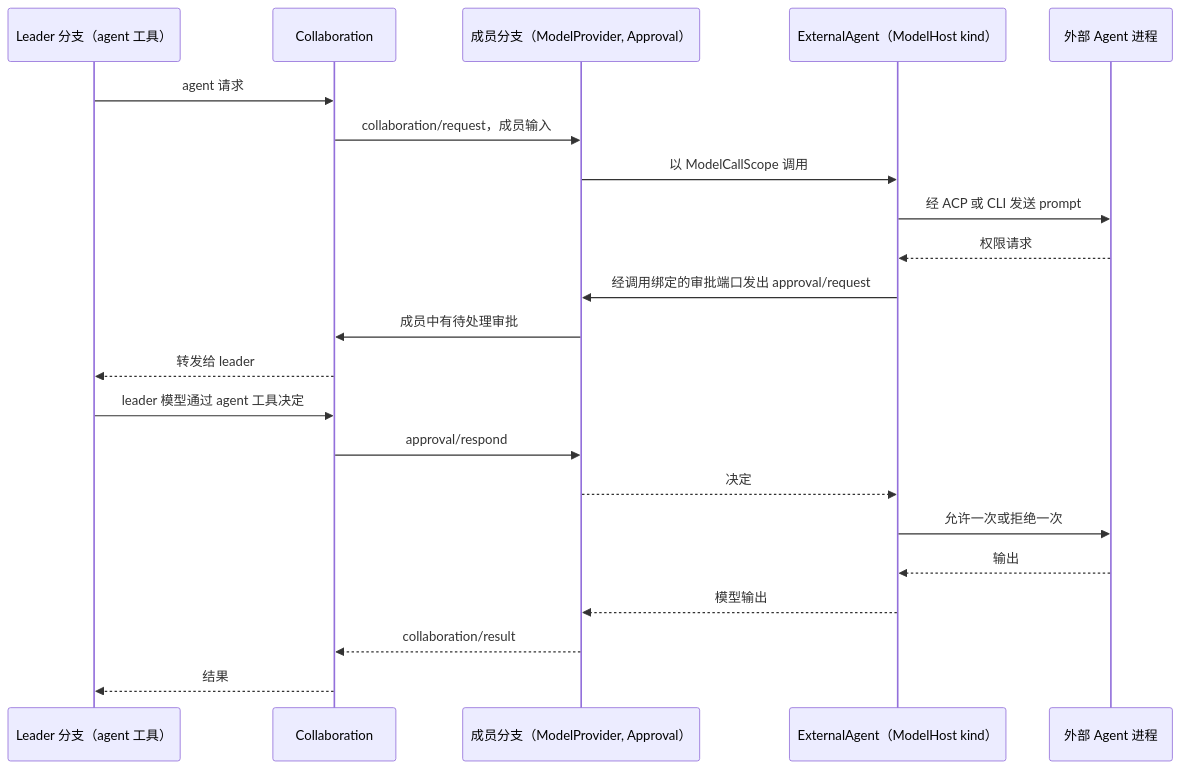
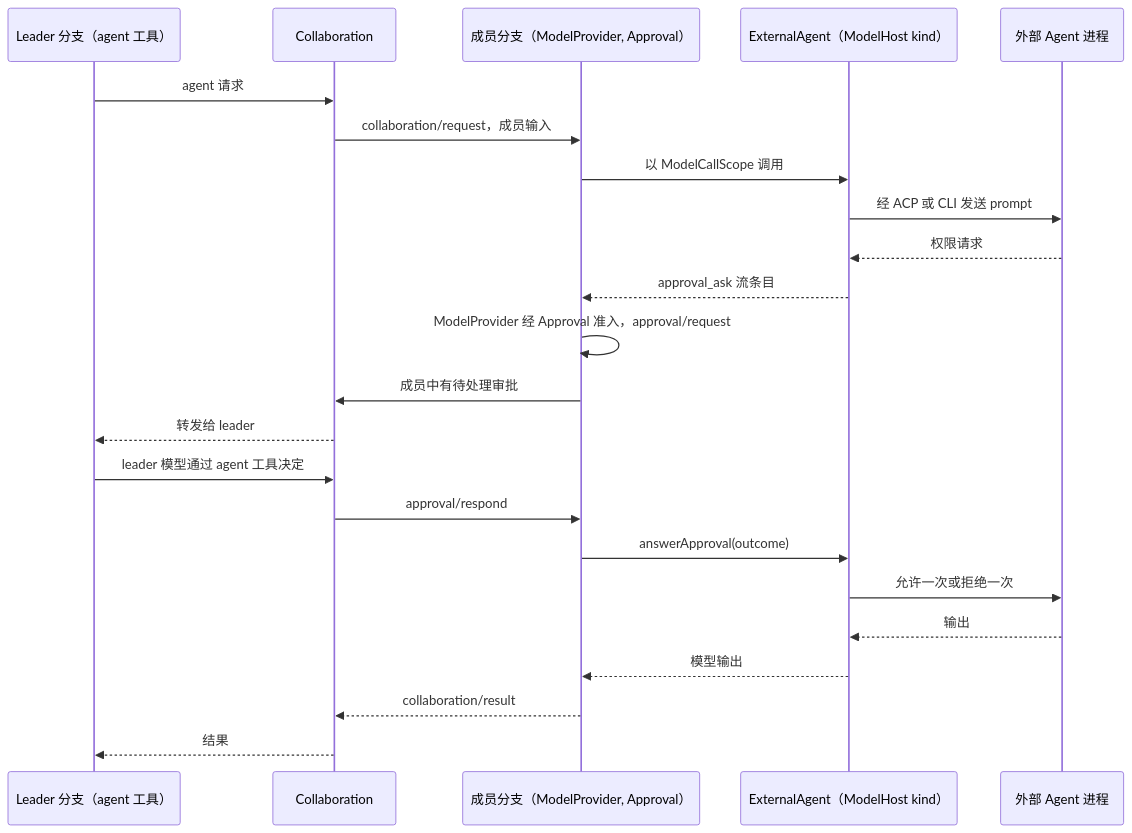
One commit to CoutinhoTTS/dim-agent changed the eighth of 8 diagrams in docs/zh/design/overview.md. Above: the diagram before and after it, drawn with Mermaid. The commit also changed other lines of this file and 18 other files, not shown here.

````diff
--- a/docs/zh/design/overview.md
+++ b/docs/zh/design/overview.md
@@ -264,24 +283,25 @@
 ```mermaid
 sequenceDiagram
   participant L as Leader 分支（agent 工具）
   participant C as Collaboration
   participant M as 成员分支（ModelProvider, Approval）
   participant X as ExternalAgent（ModelHost kind）
   participant EA as 外部 Agent 进程
   L->>C: agent 请求
   C->>M: collaboration/request，成员输入
   M->>X: 以 ModelCallScope 调用
   X->>EA: 经 ACP 或 CLI 发送 prompt
   EA-->>X: 权限请求
-  X->>M: 经调用绑定的审批端口发出 approval/request
+  X-->>M: approval_ask 流条目
+  M->>M: ModelProvider 经 Approval 准入，approval/request
   M->>C: 成员中有待处理审批
   C-->>L: 转发给 leader
   L->>C: leader 模型通过 agent 工具决定
   C->>M: approval/respond
-  M-->>X: 决定
+  M->>X: answerApproval(outcome)
   X->>EA: 允许一次或拒绝一次
   EA-->>X: 输出
   X-->>M: 模型输出
   M-->>C: collaboration/result
   C-->>L: 结果
 ```
````
